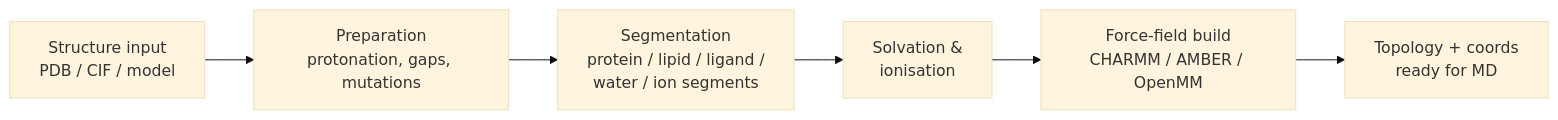
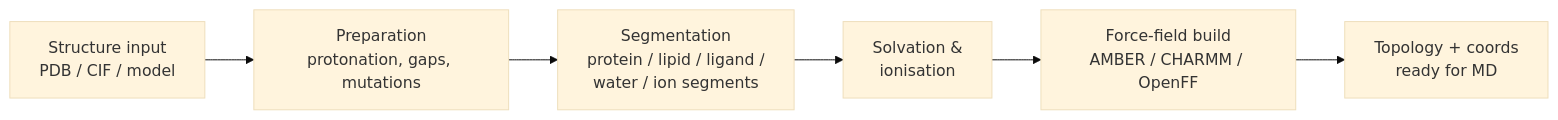
Before and after one commit to Acellera/htmd: the diagram in doc/source/explanation/system-building.md, drawn with Mermaid (base theme). The commit also changed other lines of this file and 29 other files, not shown here.

````diff
--- a/doc/source/explanation/system-building.md
+++ b/doc/source/explanation/system-building.md
@@ -9,8 +9,8 @@
 ```{mermaid}
 flowchart LR
     A[Structure input<br/>PDB / CIF / model] --> B[Preparation<br/>protonation, gaps, mutations]
     B --> C[Segmentation<br/>protein / lipid / ligand /<br/>water / ion segments]
     C --> D[Solvation &<br/>ionisation]
-    D --> E[Force-field build<br/>CHARMM / AMBER / OpenMM]
+    D --> E[Force-field build<br/>AMBER / CHARMM / OpenFF]
     E --> F[Topology + coords<br/>ready for MD]
 ```
````
